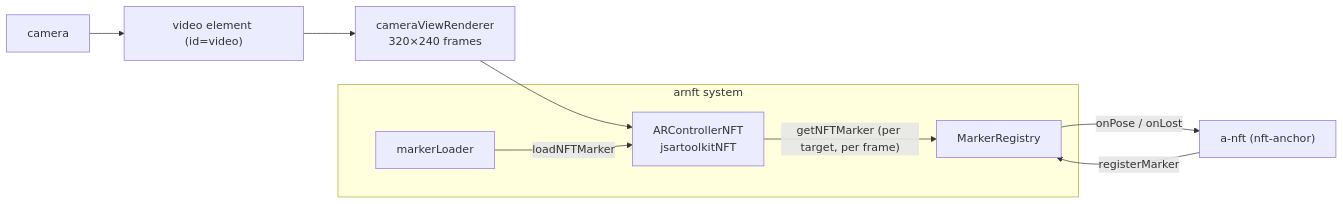
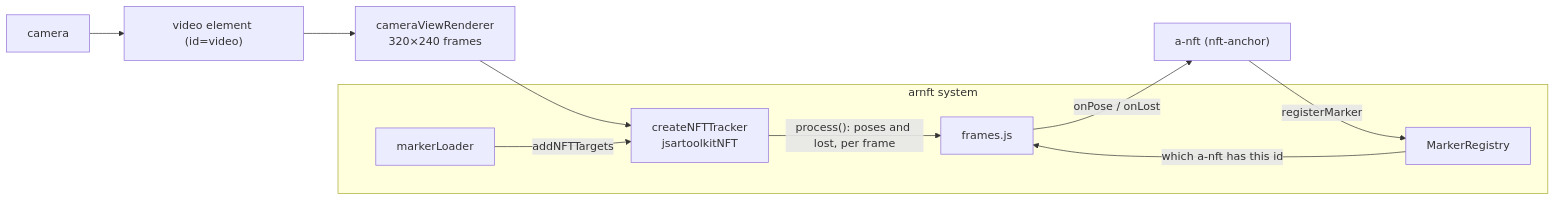
The diagram in README.md (webarkit/Aframe-nft), drawn with Mermaid before and after one commit. The commit also changed other lines of this file and 2 other files, not shown here.

Commit message:
docs: update for jsartoolkitNFT 1.16

````diff
--- a/README.md
+++ b/README.md
@@ -317,15 +325,17 @@
 ```mermaid
 flowchart LR
     CAM["camera"] --> VIDEO["video element (id=video)"]
     VIDEO --> CVR["cameraViewRenderer<br/>320×240 frames"]
-    CVR --> ARC["ARControllerNFT<br/>jsartoolkitNFT"]
+    CVR --> TRK["createNFTTracker<br/>jsartoolkitNFT"]
     subgraph SYS ["arnft system"]
-        ARC
+        TRK
         REG["MarkerRegistry"]
         LOAD["markerLoader"]
+        FR["frames.js"]
     end
     NFT["a-nft (nft-anchor)"] -- registerMarker --> REG
-    LOAD -- loadNFTMarker --> ARC
-    ARC -- "getNFTMarker (per target, per frame)" --> REG
-    REG -- "onPose / onLost" --> NFT
+    LOAD -- addNFTTargets --> TRK
+    TRK -- "process(): poses and lost, per frame" --> FR
+    REG -- "which a-nft has this id" --> FR
+    FR -- "onPose / onLost" --> NFT
 ```
````
